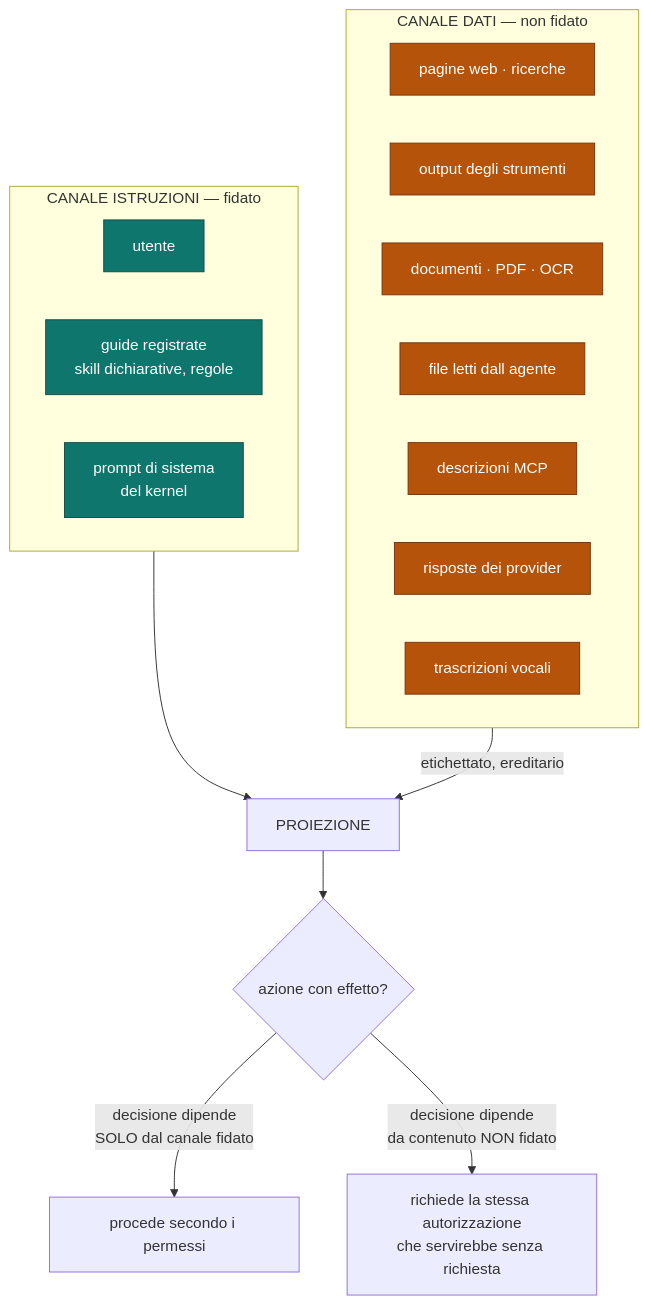
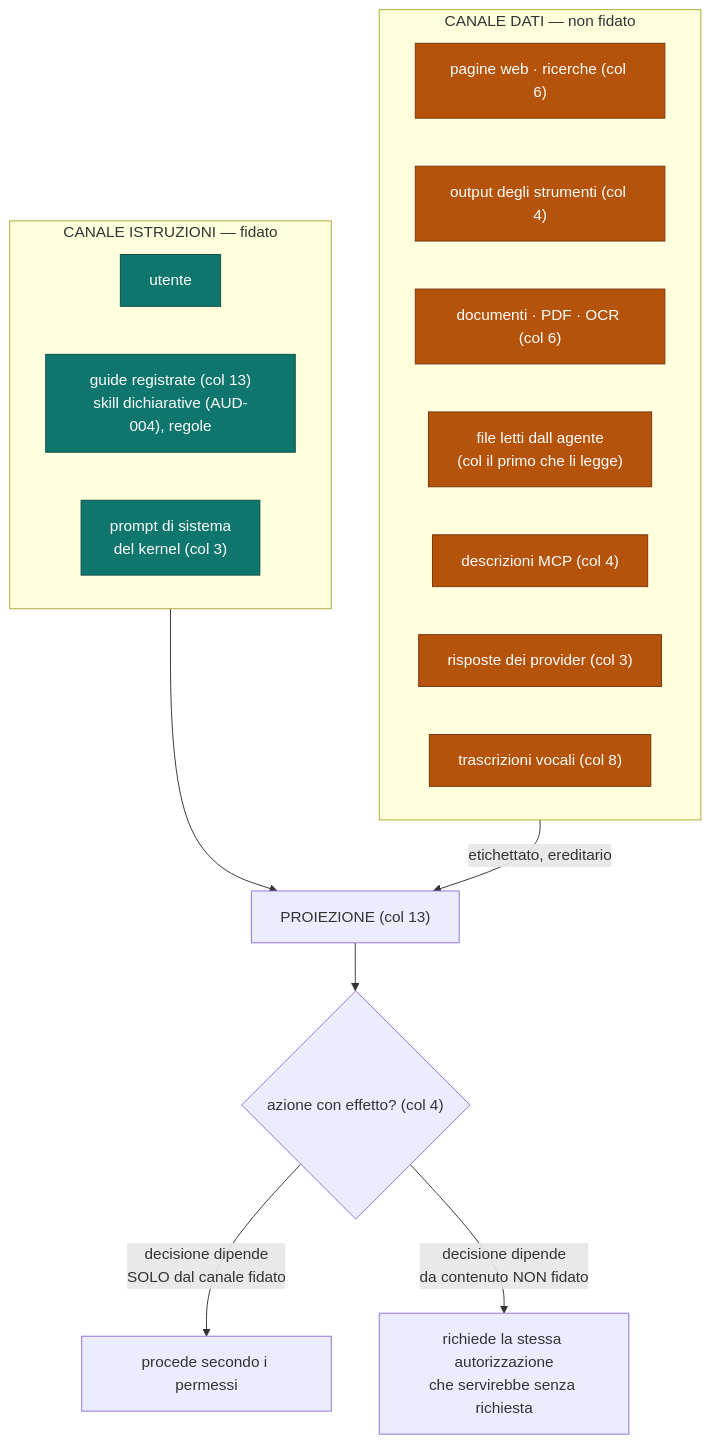
Before and after one commit to devfrx/daemon: the first of 3 diagrams in docs/design/06-permessi-e-confine-dei-dati.md, drawn with Mermaid. The commit also changed other lines of this file and 2 other files, not shown here.

First line of the commit message:
audit(2026-09-30): i diagrammi 04-06 dicono il vero di oggi, col segno (col N) su ciò che è deciso e non costruito

````diff
--- a/docs/design/06-permessi-e-confine-dei-dati.md
+++ b/docs/design/06-permessi-e-confine-dei-dati.md
@@ -12,29 +18,29 @@
 ```mermaid
 flowchart TB
     subgraph FID["CANALE ISTRUZIONI — fidato"]
         U["utente"]
-        G["guide registrate<br/>skill dichiarative, regole"]
-        K["prompt di sistema<br/>del kernel"]
+        G["guide registrate (col 13)<br/>skill dichiarative (AUD-004), regole"]
+        K["prompt di sistema<br/>del kernel (col 3)"]
     end
 
     subgraph NF["CANALE DATI — non fidato"]
-        W["pagine web · ricerche"]
-        T["output degli strumenti"]
-        D["documenti · PDF · OCR"]
-        F["file letti dall agente"]
-        M["descrizioni MCP"]
-        P["risposte dei provider"]
-        V["trascrizioni vocali"]
+        W["pagine web · ricerche (col 6)"]
+        T["output degli strumenti (col 4)"]
+        D["documenti · PDF · OCR (col 6)"]
+        F["file letti dall agente<br/>(col il primo che li legge)"]
+        M["descrizioni MCP (col 4)"]
+        P["risposte dei provider (col 3)"]
+        V["trascrizioni vocali (col 8)"]
     end
 
-    FID --> PR["PROIEZIONE"]
+    FID --> PR["PROIEZIONE (col 13)"]
     NF -->|"etichettato, ereditario"| PR
-    PR --> A{"azione con effetto?"}
+    PR --> A{"azione con effetto? (col 4)"}
     A -->|"decisione dipende<br/>SOLO dal canale fidato"| OK["procede secondo i permessi"]
     A -->|"decisione dipende<br/>da contenuto NON fidato"| ASK["richiede la stessa autorizzazione<br/>che servirebbe senza richiesta"]
 
     classDef fid fill:#0f766e,stroke:#134e4a,color:#fff
     classDef nfid fill:#b45309,stroke:#78350f,color:#fff
     class U,G,K fid
     class W,T,D,F,M,P,V nfid
 ```
````
